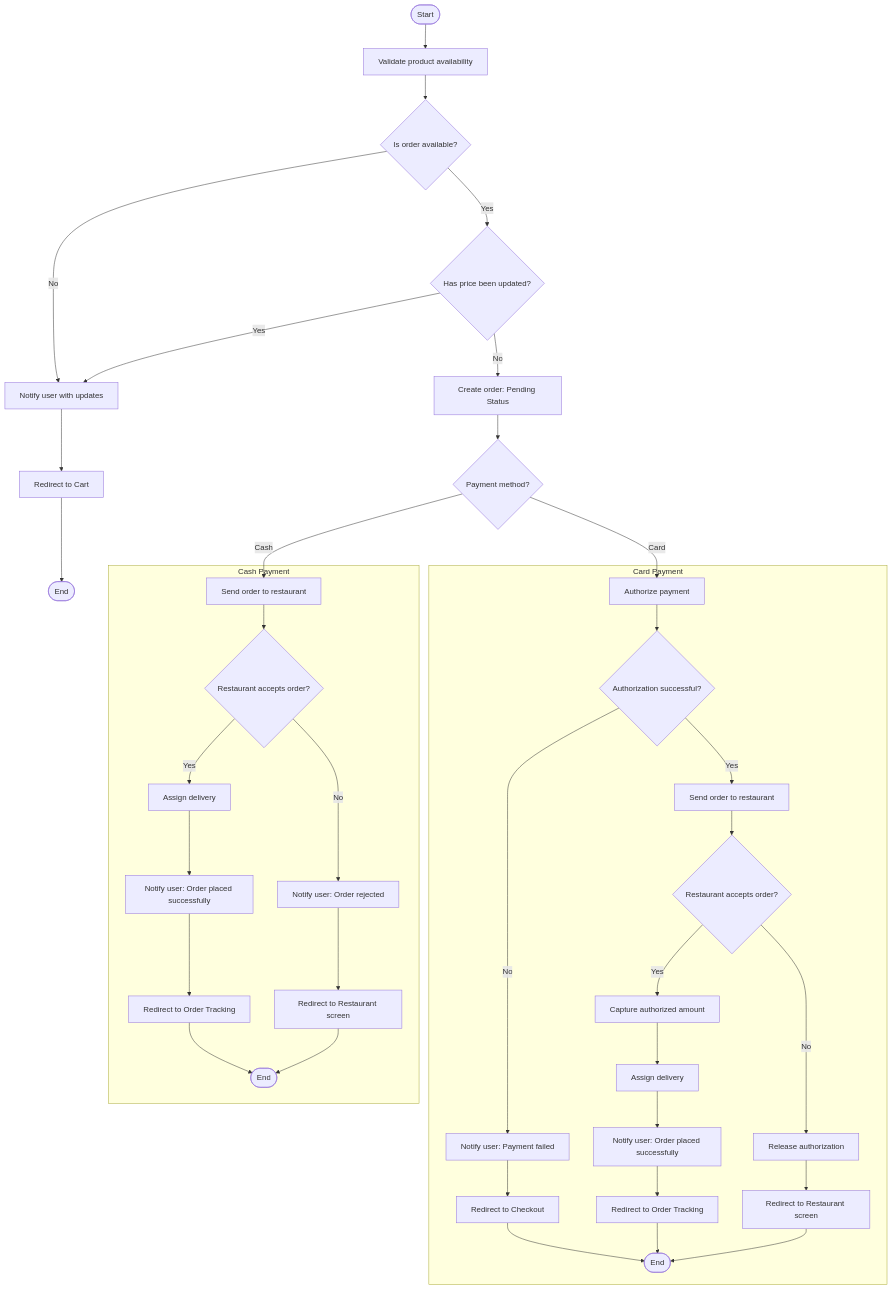
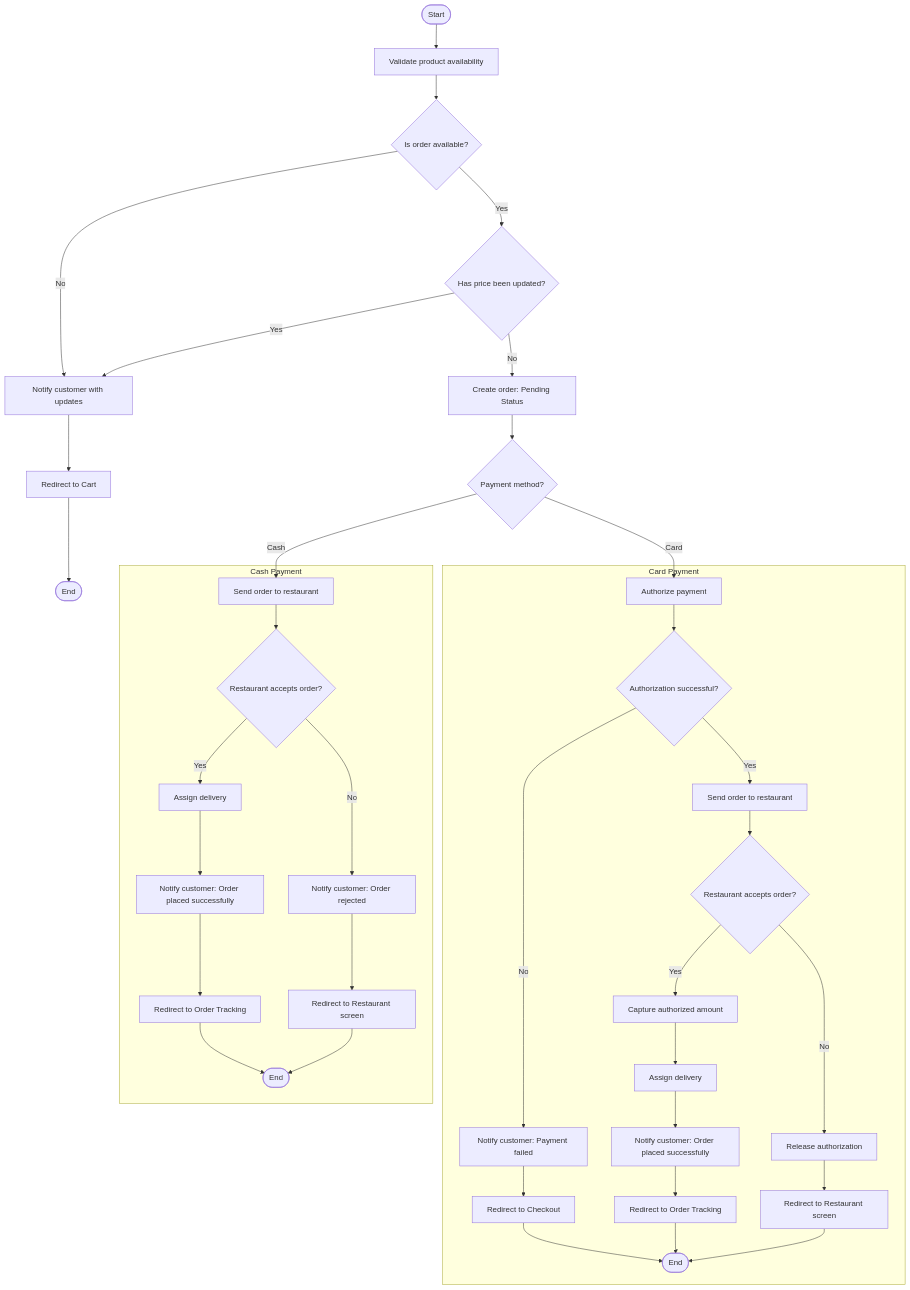
One commit to Swilam20/Food-Delivery-System changed the first of 3 diagrams in README.md. Above: the diagram before and after it, drawn with Mermaid. The commit also changed other lines of this file, not shown here.

Commit message:
Update README to use 'customer' instead of 'user'

```diff
--- a/README.md
+++ b/README.md
@@ -168,7 +168,7 @@
     Available{Is order available?}
     PriceUpdated{Has price been updated?}
 
-    NotifyUpdate[Notify user with updates]
+    NotifyUpdate[Notify customer with updates]
     ToCart[Redirect to Cart]
     End([End])
 
@@ -196,11 +196,11 @@
         Cash_Accept{Restaurant accepts order?}
 
         Cash_Dispatch[Assign delivery]
-        Cash_Success[Notify user: Order placed successfully]
+        Cash_Success[Notify customer: Order placed successfully]
         Cash_Track[Redirect to Order Tracking]
         Cash_End([End])
 
-        Cash_Reject[Notify user: Order rejected]
+        Cash_Reject[Notify customer: Order rejected]
         Cash_Restaurant[Redirect to Restaurant screen]
 
         Cash_Send --> Cash_Accept
@@ -216,7 +216,7 @@
         Card_Authorize[Authorize payment]
         Card_Authorized{Authorization successful?}
 
-        Card_Fail[Notify user: Payment failed]
+        Card_Fail[Notify customer: Payment failed]
         Card_Checkout[Redirect to Checkout]
         Card_End([End])
 
@@ -225,7 +225,7 @@
 
         Card_Capture[Capture authorized amount]
         Card_Dispatch[Assign delivery]
-        Card_Success[Notify user: Order placed successfully]
+        Card_Success[Notify customer: Order placed successfully]
         Card_Track[Redirect to Order Tracking]
 
         Card_Release[Release authorization]
```
